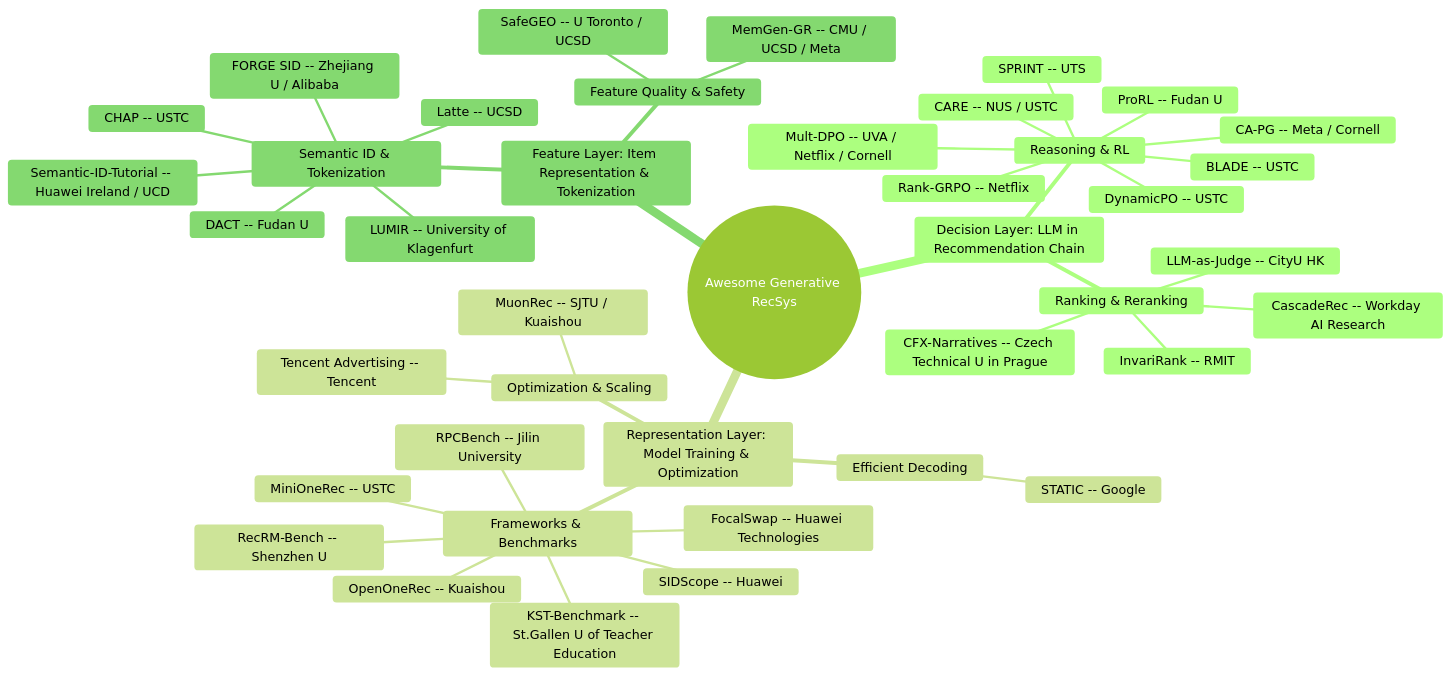
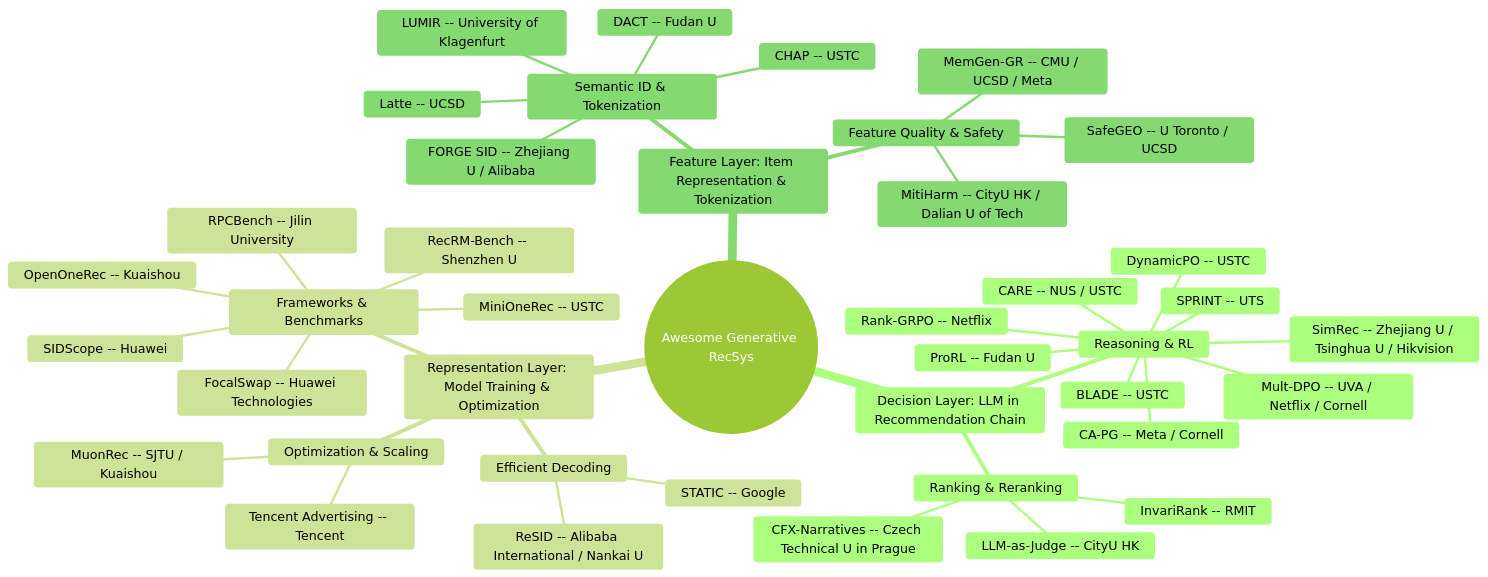
The diagram in README.md (HaFred/awesome-generative-recsys), drawn with Mermaid (forest theme) before and after one commit. The commit also changed other lines of this file and 3 other files, not shown here.

Commit message:
opensource: ReSID full Apache-2.0 release headlines 8 live gen-rec papers, from SID reachability to trigger-induced decoding

````diff
--- a/README.md
+++ b/README.md
@@ -30,44 +30,44 @@
 ```mermaid
 mindmap
   root((Awesome Generative RecSys))
     Decision Layer: LLM in Recommendation Chain
       Reasoning & RL
         Rank-GRPO -- Netflix
         DynamicPO -- USTC
         BLADE -- USTC
         SPRINT -- UTS
         CARE -- NUS / USTC
         Mult-DPO -- UVA / Netflix / Cornell
         CA-PG -- Meta / Cornell
         ProRL -- Fudan U
+        SimRec -- Zhejiang U / Tsinghua U / Hikvision
       Ranking & Reranking
         InvariRank -- RMIT
         LLM-as-Judge -- CityU HK
         CFX-Narratives -- Czech Technical U in Prague
-        CascadeRec -- Workday AI Research
     Representation Layer: Model Training & Optimization
       Frameworks & Benchmarks
         MiniOneRec -- USTC
         OpenOneRec -- Kuaishou
         RecRM-Bench -- Shenzhen U
         SIDScope -- Huawei
         RPCBench -- Jilin University
-        KST-Benchmark -- St.Gallen U of Teacher Education
         FocalSwap -- Huawei Technologies
       Efficient Decoding
         STATIC -- Google
+        ReSID -- Alibaba International / Nankai U
       Optimization & Scaling
         MuonRec -- SJTU / Kuaishou
         Tencent Advertising -- Tencent
     Feature Layer: Item Representation & Tokenization
       Semantic ID & Tokenization
         Latte -- UCSD
         FORGE SID -- Zhejiang U / Alibaba
         DACT -- Fudan U
         CHAP -- USTC
-        Semantic-ID-Tutorial -- Huawei Ireland / UCD
         LUMIR -- University of Klagenfurt
       Feature Quality & Safety
         SafeGEO -- U Toronto / UCSD
         MemGen-GR -- CMU / UCSD / Meta
+        MitiHarm -- CityU HK / Dalian U of Tech
 ```
````
